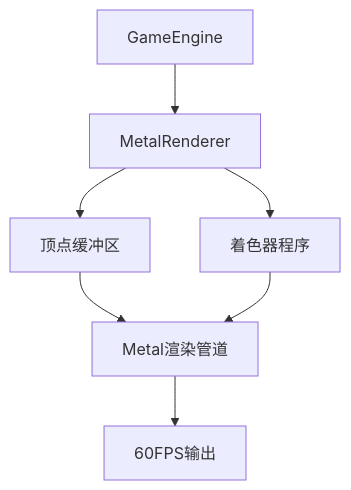
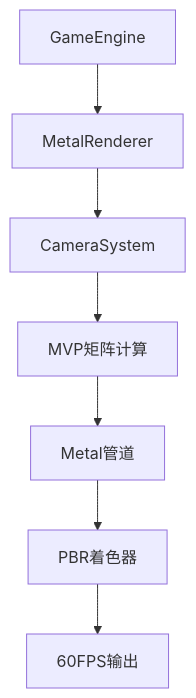
Before and after one commit to WangWeiPengHappy/MetalShooter: the second of 3 diagrams in README.md, drawn with Mermaid. The commit also changed other lines of this file and 11 other files, not shown here.

````diff
--- a/README.md
+++ b/README.md
@@ -107,9 +195,9 @@
 ```mermaid
 graph TD
     A[GameEngine] --> B[MetalRenderer]
-    B --> C[顶点缓冲区]
-    B --> D[着色器程序]
-    C --> E[Metal渲染管道]
-    D --> E
-    E --> F[60FPS输出]
+    B --> C[CameraSystem]
+    C --> D[MVP矩阵计算]
+    D --> E[Metal管道]
+    E --> F[PBR着色器]
+    F --> G[60FPS输出]
 ```
````
